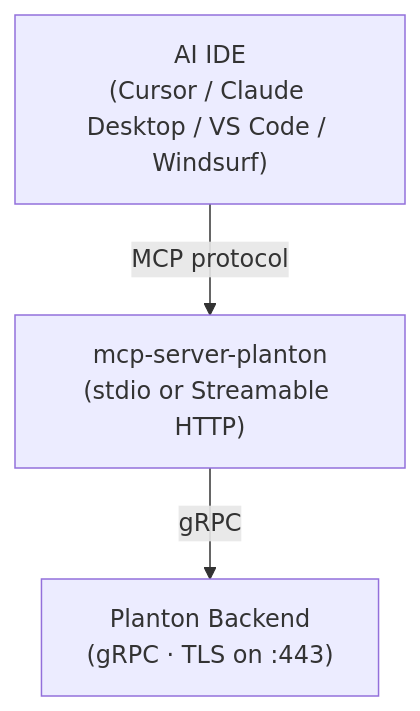
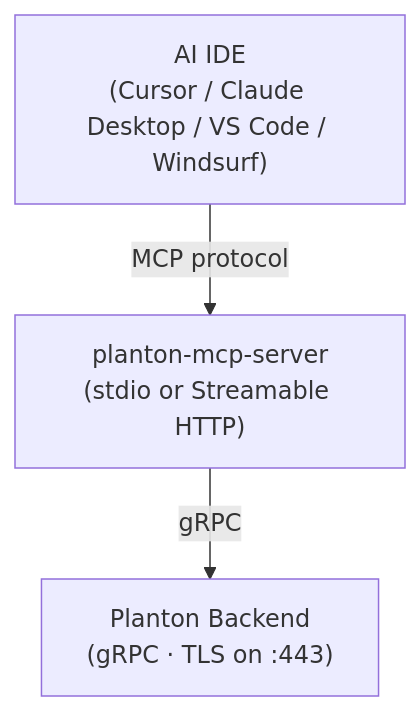
One commit to plantonhq/mcp-server-planton changed the diagram in README.md. Above: the diagram before and after it, drawn with Mermaid. The commit also changed other lines of this file and 2168 other files, not shown here.

````diff
--- a/README.md
+++ b/README.md
@@ -12,8 +12,8 @@
 ```mermaid
 flowchart TD
     IDE["AI IDE\n(Cursor / Claude Desktop / VS Code / Windsurf)"]
-    MCP["mcp-server-planton\n(stdio or Streamable HTTP)"]
+    MCP["planton-mcp-server\n(stdio or Streamable HTTP)"]
     Backend["Planton Backend\n(gRPC · TLS on :443)"]
     IDE -->|"MCP protocol"| MCP
     MCP -->|"gRPC"| Backend
 ```
````
